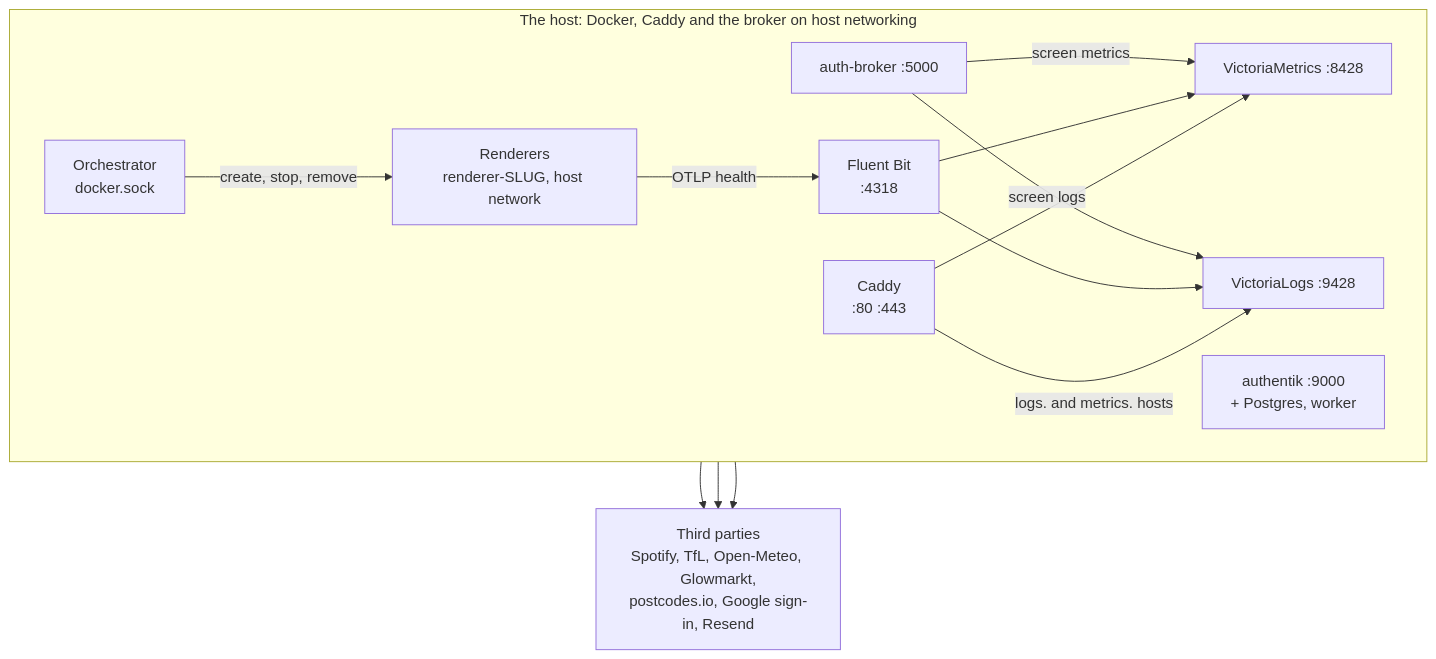
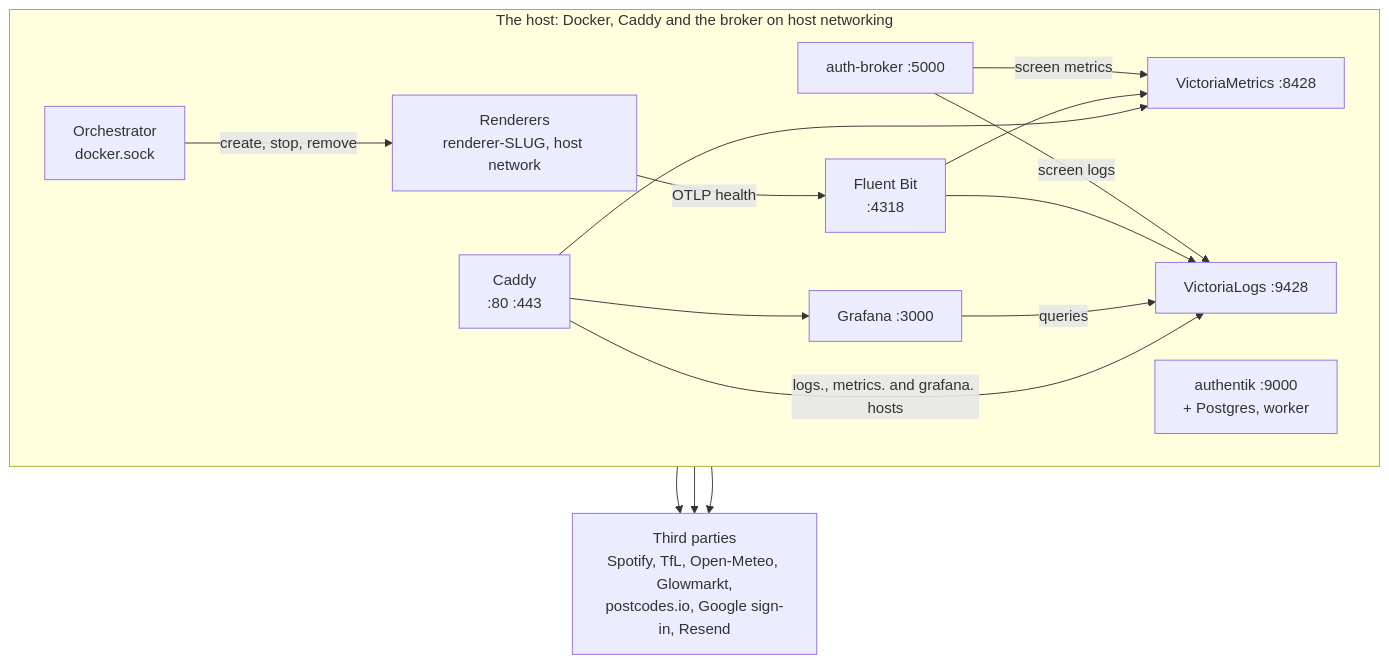
Before and after one commit to nvorkinn/auth-broker: the second of 9 diagrams in docs/architecture.md, drawn with Mermaid. The commit also changed other lines of this file and 14 other files, not shown here.

````diff
--- a/docs/architecture.md
+++ b/docs/architecture.md
@@ -57,27 +57,30 @@
 ```mermaid
 flowchart TB
     subgraph Host["The host: Docker, Caddy and the broker on host networking"]
         direction LR
         CD["Caddy<br/>:80 :443"]
         BR["auth-broker :5000"]
         AK["authentik :9000<br/>+ Postgres, worker"]
         OR["Orchestrator<br/>docker.sock"]
         RN["Renderers<br/>renderer-SLUG, host network"]
         FB["Fluent Bit<br/>:4318"]
         VL["VictoriaLogs :9428"]
+        GF["Grafana :3000"]
         VM["VictoriaMetrics :8428"]
     end
     TP["Third parties<br/>Spotify, TfL, Open-Meteo, Glowmarkt,<br/>postcodes.io, Google sign-in, Resend"]
 
     BR -- "screen metrics" --> VM
     BR -- "screen logs" --> VL
     RN -- "OTLP health" --> FB
     FB --> VL
+    GF -- "queries" --> VL
     FB --> VM
-    CD -- "logs. and metrics. hosts" --> VL
+    CD -- "logs., metrics. and grafana. hosts" --> VL
     CD --> VM
+    CD --> GF
     OR -- "create, stop, remove" --> RN
     RN --> TP
     BR --> TP
     AK --> TP
 ```
````
